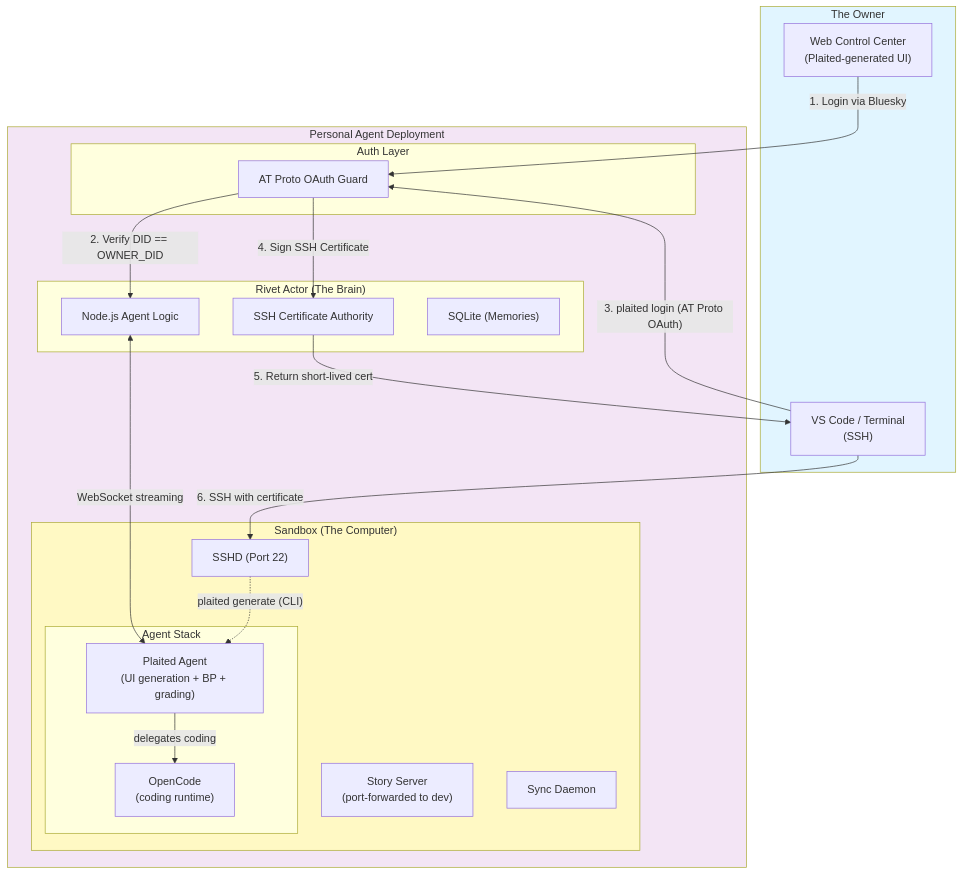
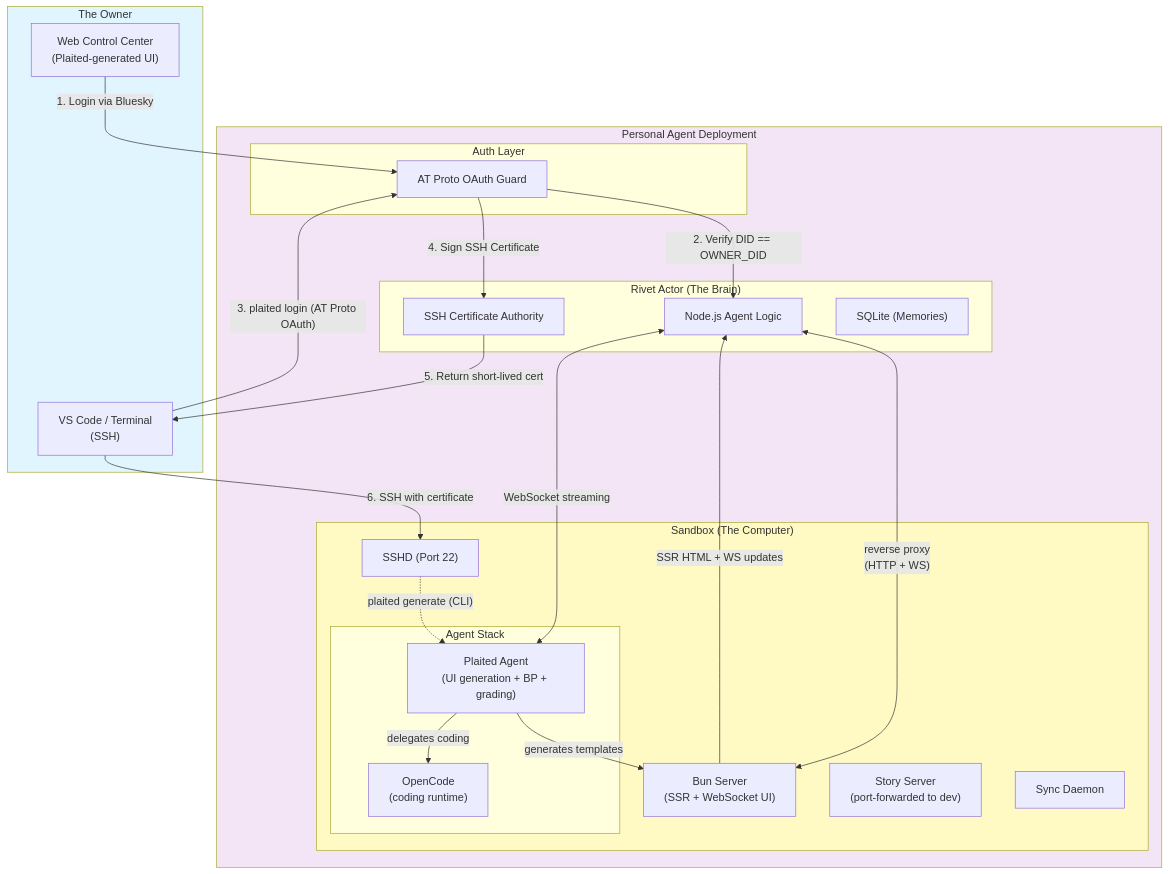
Before and after one commit to plaited/plaited: the diagram in BACKGROUND-AGENT-SYSTEM-DESIGN.md, drawn with Mermaid. The commit also changed other lines of this file, not shown here.

First line of the commit message:
docs(agent): add Bun Server for SSR + WebSocket UI delivery

````diff
--- a/BACKGROUND-AGENT-SYSTEM-DESIGN.md
+++ b/BACKGROUND-AGENT-SYSTEM-DESIGN.md
@@ -35,53 +36,59 @@
 ```mermaid
 graph TB
     subgraph OWNER["The Owner"]
         Browser["Web Control Center<br/>(Plaited-generated UI)"]
         IDE["VS Code / Terminal<br/>(SSH)"]
     end
 
     subgraph PERSONAL_CLOUD["Personal Agent Deployment"]
 
         subgraph AUTH_LAYER["Auth Layer"]
             OAuth_Guard["AT Proto OAuth Guard"]
         end
 
         subgraph BRAIN["Rivet Actor (The Brain)"]
             Agent_Logic["Node.js Agent Logic"]
             SSH_CA["SSH Certificate Authority"]
             State_DB["SQLite (Memories)"]
         end
 
         subgraph MUSCLE["Sandbox (The Computer)"]
             subgraph AGENTS["Agent Stack"]
                 PAgent["Plaited Agent<br/>(UI generation + BP + grading)"]
                 OpenCode["OpenCode<br/>(coding runtime)"]
             end
+            BunServer["Bun Server<br/>(SSR + WebSocket UI)"]
             StoryServer["Story Server<br/>(port-forwarded to dev)"]
             SSHD["SSHD (Port 22)"]
             Sync["Sync Daemon"]
         end
     end
 
     %% Auth Flow
     Browser -->|"1. Login via Bluesky"| OAuth_Guard
     OAuth_Guard --"2. Verify DID == OWNER_DID"--> Agent_Logic
 
     %% CLI Login + SSH CA Flow
     IDE -->|"3. plaited login (AT Proto OAuth)"| OAuth_Guard
     OAuth_Guard --"4. Sign SSH Certificate"--> SSH_CA
     SSH_CA --"5. Return short-lived cert"--> IDE
 
     %% Request Flow: Rivet → Plaited Agent → OpenCode
     Agent_Logic <-->|"WebSocket streaming"| PAgent
     PAgent -->|"delegates coding"| OpenCode
 
+    %% UI Delivery: Bun Server SSR + WebSocket
+    Agent_Logic <-->|"reverse proxy<br/>(HTTP + WS)"| BunServer
+    PAgent -->|"generates templates"| BunServer
+    BunServer -->|"SSR HTML + WS updates"| Agent_Logic
+
     %% Dev can also invoke Plaited Agent directly via CLI
     SSHD -.->|"plaited generate (CLI)"| PAgent
 
     %% SSH Flow (cert-based, no authorized_keys)
     IDE -->|"6. SSH with certificate"| SSHD
 
     style OWNER fill:#e1f5ff
     style PERSONAL_CLOUD fill:#f3e5f5
     style MUSCLE fill:#fff9c4
 ```
````
